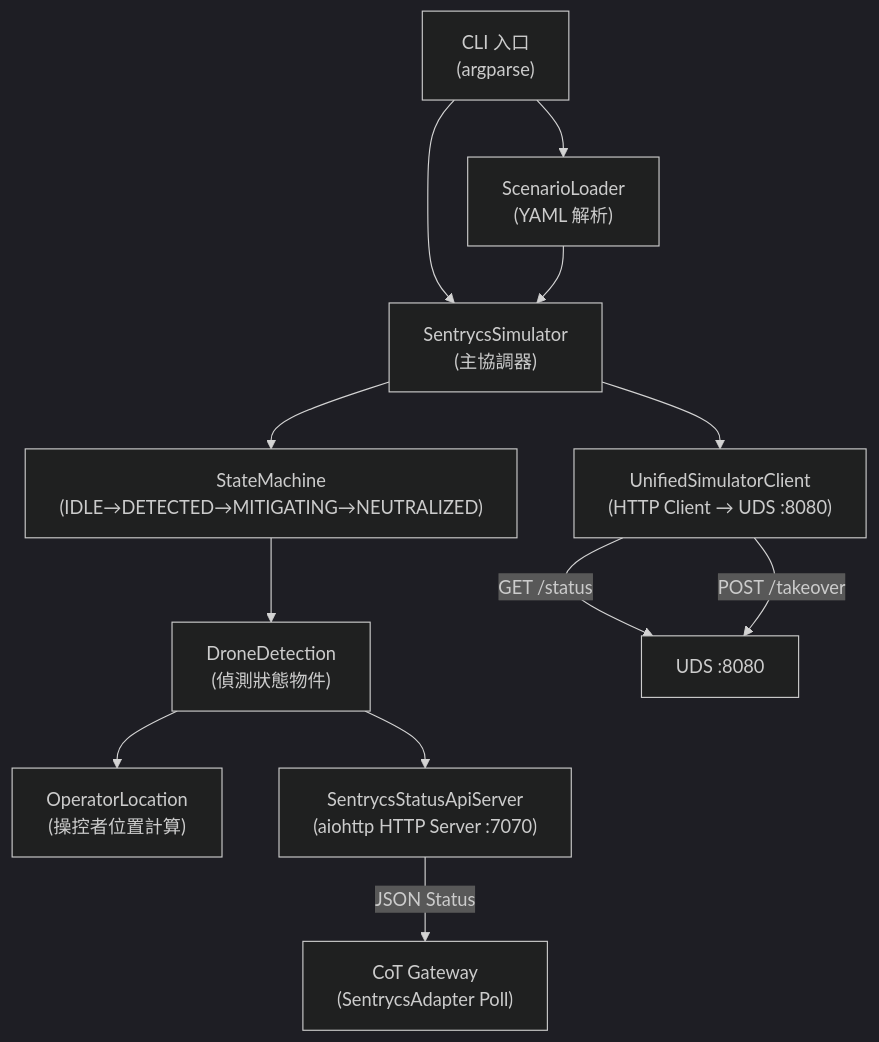
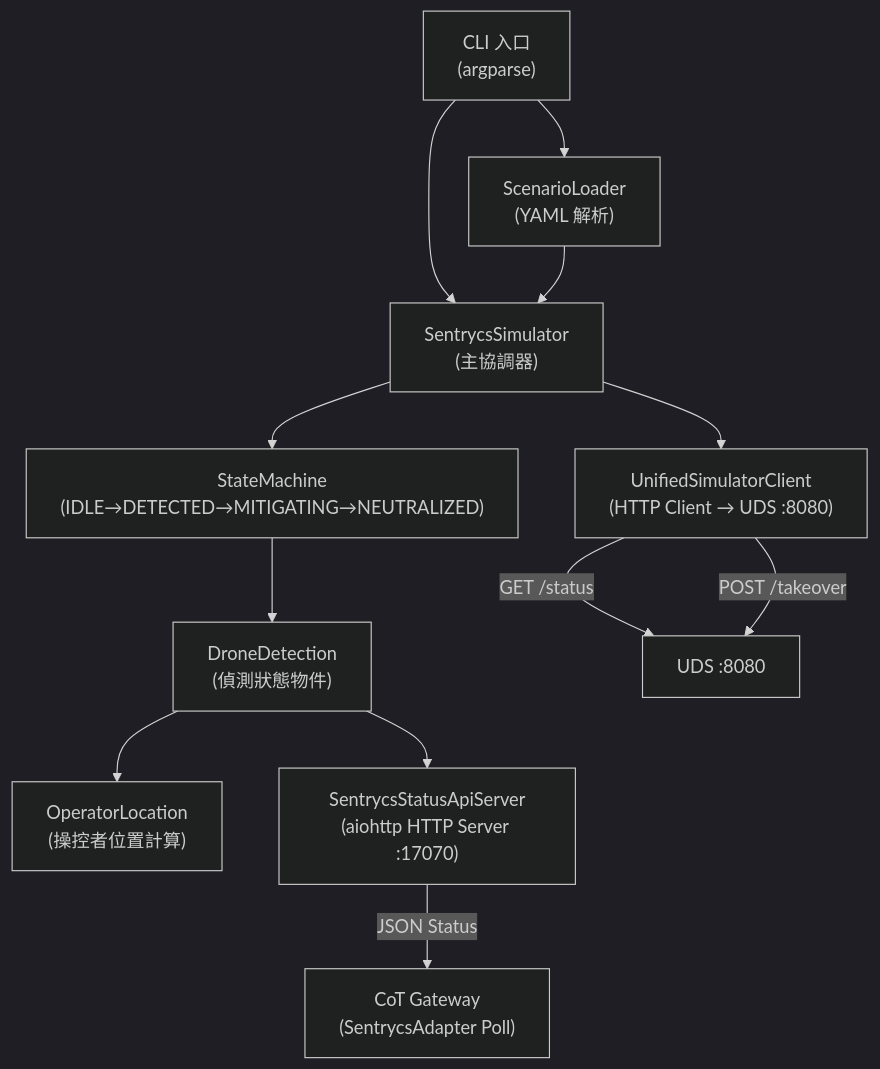
One commit to aplool-tw/cics-tak-demo changed the first of 2 diagrams in docs/system-docs/05-sentrycs-simulator-spec.md. Above: the diagram before and after it, drawn with Mermaid (dark theme). The commit also changed other lines of this file and 123 other files, not shown here.

````diff
--- a/docs/system-docs/05-sentrycs-simulator-spec.md
+++ b/docs/system-docs/05-sentrycs-simulator-spec.md
@@ -100,24 +100,24 @@
 ```mermaid
 flowchart TD
     CLI["CLI 入口\n(argparse)"]
     SL["ScenarioLoader\n(YAML 解析)"]
     SIM["SentrycsSimulator\n(主協調器)"]
     SM["StateMachine\n(IDLE→DETECTED→MITIGATING→NEUTRALIZED)"]
     DD["DroneDetection\n(偵測狀態物件)"]
     OL["OperatorLocation\n(操控者位置計算)"]
     UDS_C["UnifiedSimulatorClient\n(HTTP Client → UDS :8080)"]
-    API_SVR["SentrycsStatusApiServer\n(aiohttp HTTP Server :7070)"]
+    API_SVR["SentrycsStatusApiServer\n(aiohttp HTTP Server :17070)"]
     GW["CoT Gateway\n(SentrycsAdapter Poll)"]
 
     CLI --> SL
     CLI --> SIM
     SL --> SIM
     SIM --> SM
     SM --> DD
     DD --> OL
     SIM --> UDS_C
     UDS_C -->|"GET /status"| UDS["UDS :8080"]
     UDS_C -->|"POST /takeover"| UDS
     DD --> API_SVR
     API_SVR -->|"JSON Status"| GW
 ```
````
